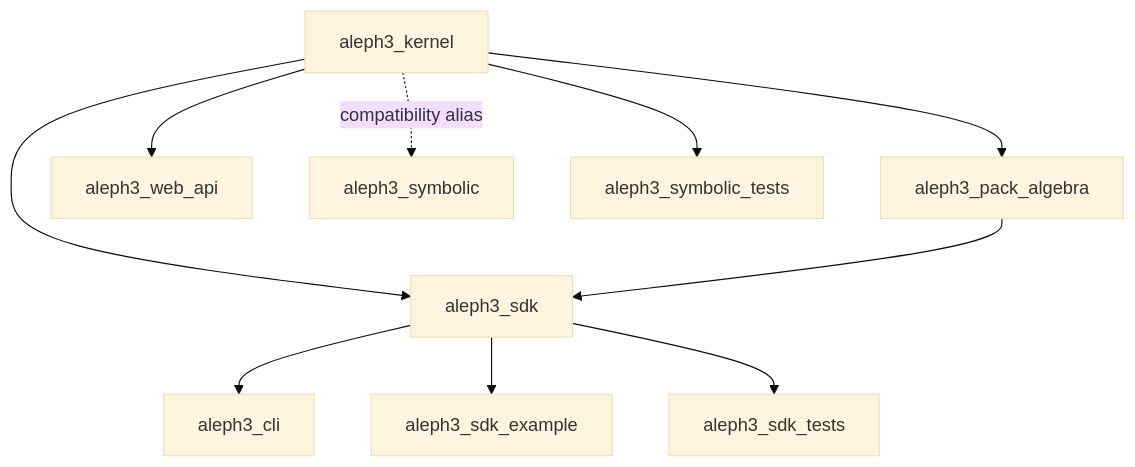
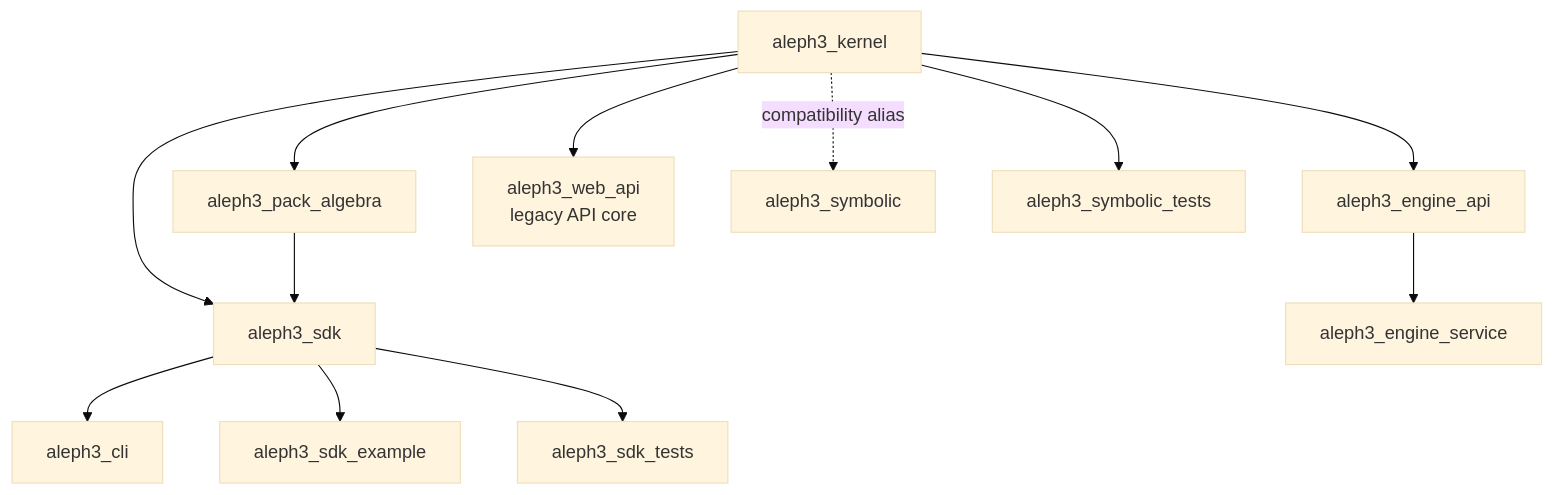
The sixth of 7 diagrams in docs/architecture.md (sergiorf/aleph3), drawn with Mermaid (base theme) before and after one commit. The commit also changed other lines of this file and 24 other files, not shown here.

````diff
--- a/docs/architecture.md
+++ b/docs/architecture.md
@@ -250,12 +262,14 @@
 ```mermaid
 flowchart TD
     Kernel["aleph3_kernel"] --> SDK["aleph3_sdk"]
     Kernel --> Algebra["aleph3_pack_algebra"]
     Algebra --> SDK
-    Kernel --> WebApi["aleph3_web_api"]
+    Kernel --> EngineApi["aleph3_engine_api"]
+    EngineApi --> EngineSvc["aleph3_engine_service"]
+    Kernel --> WebApi["aleph3_web_api<br/>legacy API core"]
     Kernel -. compatibility alias .-> Symbolic["aleph3_symbolic"]
     SDK --> CLI["aleph3_cli"]
     SDK --> Example["aleph3_sdk_example"]
     Kernel --> KernelTests["aleph3_symbolic_tests"]
     SDK --> SDKTests["aleph3_sdk_tests"]
 ```
````
